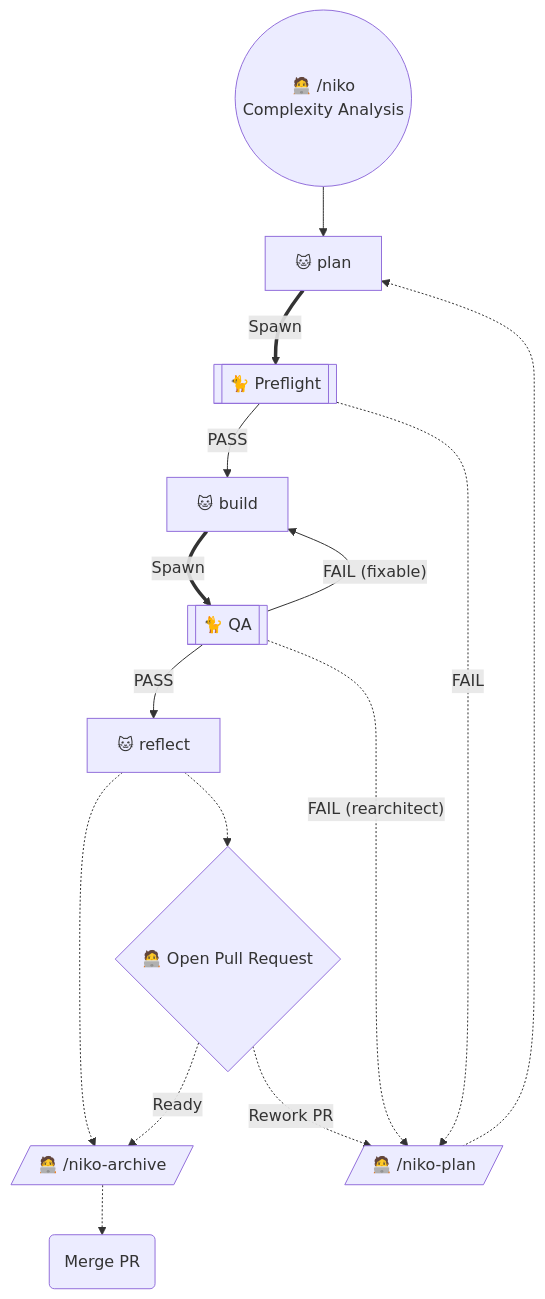
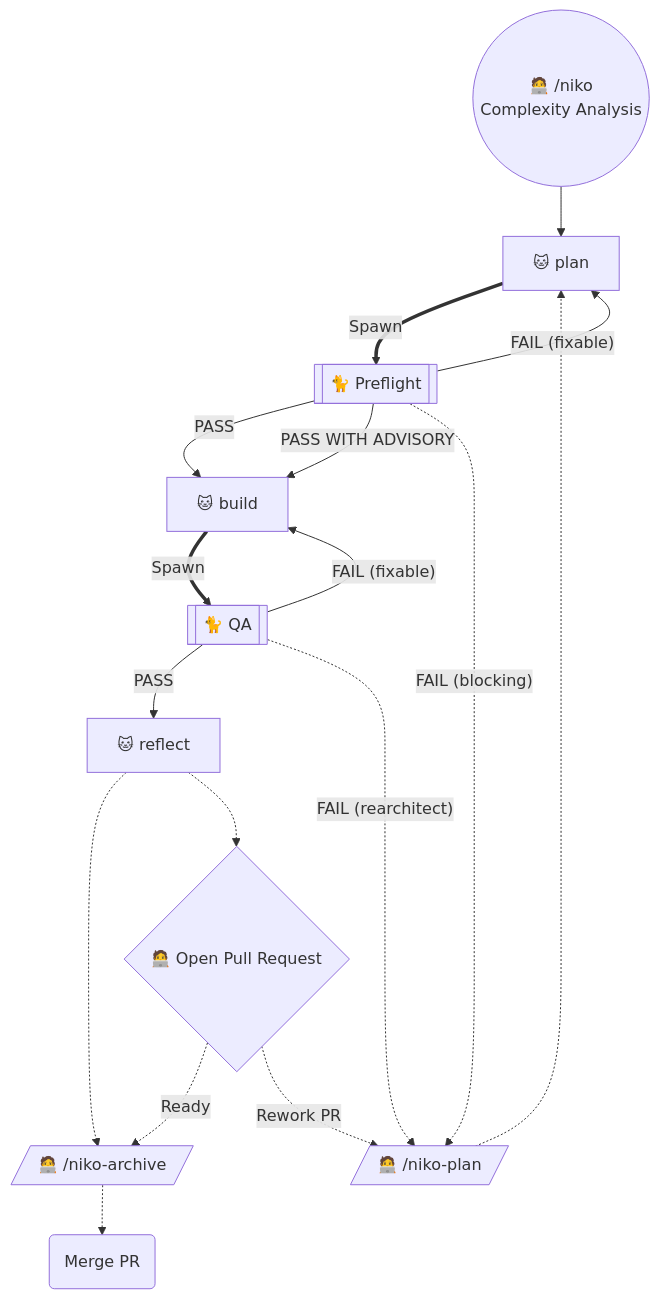
The fourth of 6 diagrams in rulesets/niko/README.md (Texarkanine/.cursor-rules), drawn with Mermaid before and after one commit. The commit also changed other lines of this file and 8 other files, not shown here.

````diff
--- a/rulesets/niko/README.md
+++ b/rulesets/niko/README.md
@@ -168,24 +174,26 @@
 ```mermaid
 flowchart TD
 	Start(("🧑‍💻 /niko<br>Complexity Analysis")) --> NikoPlan["🐱 plan"]
 	NikoPlan ==Spawn==> NikoPreflight[["🐈 Preflight"]]
 	NikoPreflight -->|"PASS"| NikoBuild["🐱 build"]
-	NikoPreflight -.->|"FAIL"| ManualPlan[/"🧑‍💻 /niko-plan"/]
+	NikoPreflight -->|"PASS WITH ADVISORY"| NikoBuild
+	NikoPreflight -->|"FAIL (fixable)"| NikoPlan
+	NikoPreflight -.->|"FAIL (blocking)"| ManualPlan[/"🧑‍💻 /niko-plan"/]
 
 	NikoBuild ==Spawn==> NikoQA[["🐈 QA"]]
 	NikoQA -->|"PASS"| NikoReflect["🐱 reflect"]
 	NikoReflect -.-> ManualArchive[/"🧑‍💻 /niko-archive"/]
 	NikoQA -->|"FAIL (fixable)"| NikoBuild
 	NikoQA -.->|"FAIL (rearchitect)"| ManualPlan
 
 	ManualPlan -.-> NikoPlan
 
 	PR{"🧑‍💻 Open Pull Request"}
 
 	NikoReflect -.-> PR
 
 	PR -."Ready".-> ManualArchive
 	PR -."Rework PR".-> ManualPlan
 
 	ManualArchive -.-> MergePR("Merge PR")
 ```
````
